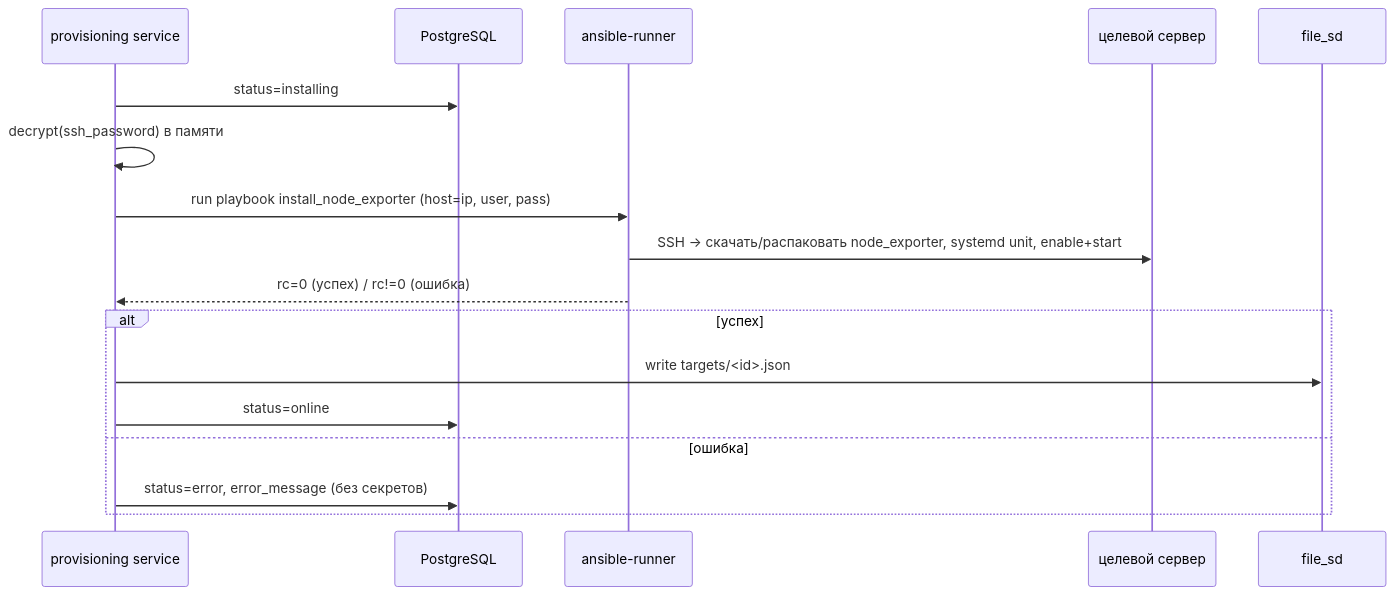
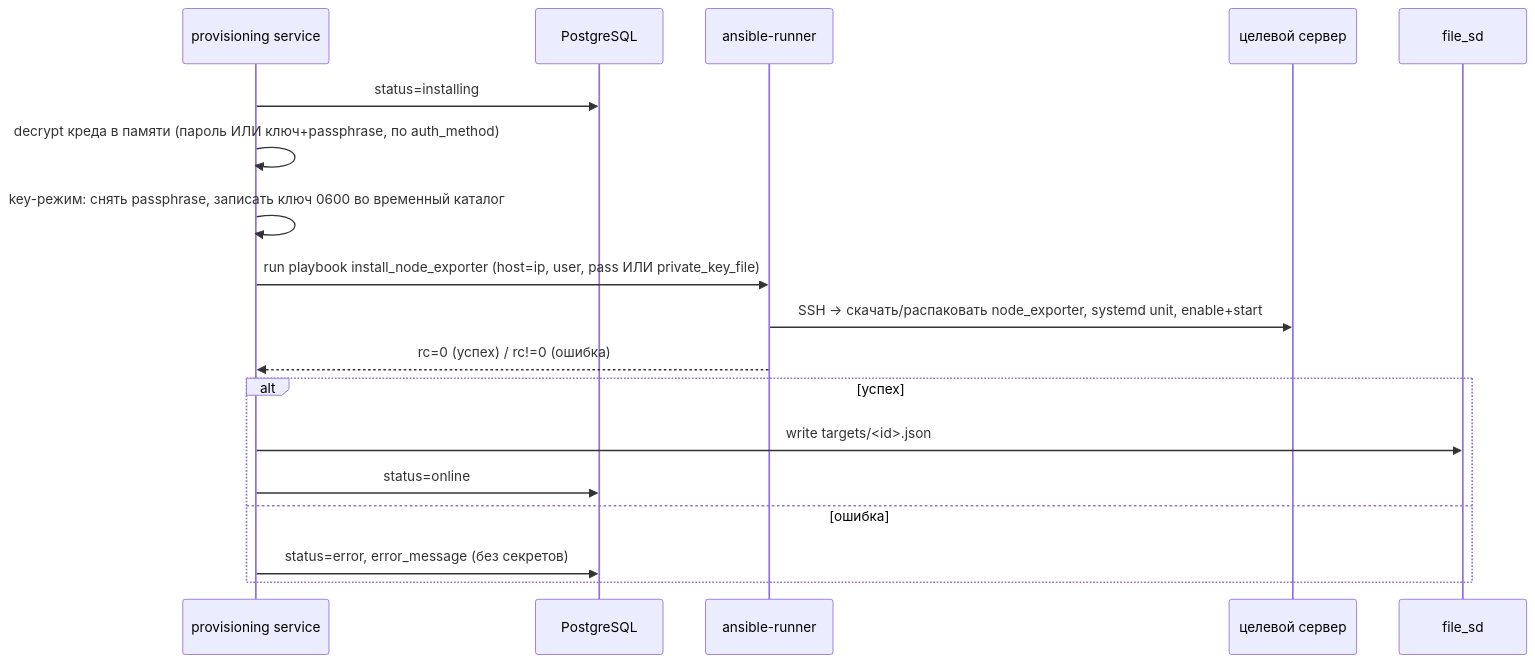
The diagram in docs/09-provisioning.md (eliseiv/broad-crm), drawn with Mermaid before and after one commit. The commit also changed other lines of this file and 101 other files, not shown here.

````diff
--- a/docs/09-provisioning.md
+++ b/docs/09-provisioning.md
@@ -9,19 +9,20 @@
 ```mermaid
 sequenceDiagram
     participant SVC as provisioning service
     participant DB as PostgreSQL
     participant AR as ansible-runner
     participant T as целевой сервер
     participant SD as file_sd
     SVC->>DB: status=installing
-    SVC->>SVC: decrypt(ssh_password) в памяти
-    SVC->>AR: run playbook install_node_exporter (host=ip, user, pass)
+    SVC->>SVC: decrypt креда в памяти (пароль ИЛИ ключ+passphrase, по auth_method)
+    SVC->>SVC: key-режим: снять passphrase, записать ключ 0600 во временный каталог
+    SVC->>AR: run playbook install_node_exporter (host=ip, user, pass ИЛИ private_key_file)
     AR->>T: SSH → скачать/распаковать node_exporter, systemd unit, enable+start
     AR-->>SVC: rc=0 (успех) / rc!=0 (ошибка)
     alt успех
         SVC->>SD: write targets/<id>.json
         SVC->>DB: status=online
     else ошибка
         SVC->>DB: status=error, error_message (без секретов)
     end
 ```
````
